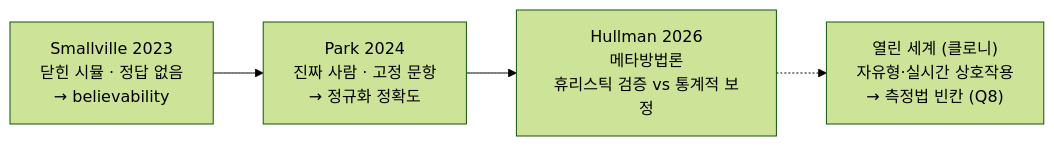
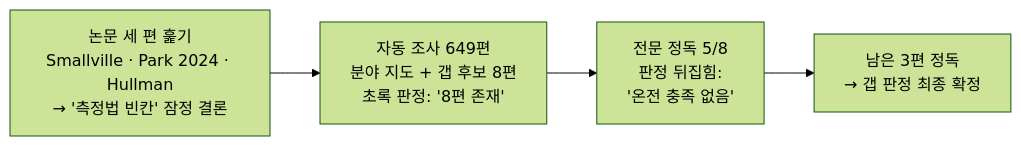
One commit to qoal1201/synthetic-society-research changed the diagram in research-log/2026-06-29-lineage-analysis.qmd. Above: the diagram before and after it, drawn with Mermaid (forest theme). The commit also changed other lines of this file and 4 other files, not shown here.

````diff
--- a/research-log/2026-06-29-lineage-analysis.qmd
+++ b/research-log/2026-06-29-lineage-analysis.qmd
@@ -12,6 +12,6 @@
 ```{mermaid}
 flowchart LR
-    A["Smallville 2023<br/>닫힌 시뮬 · 정답 없음<br/>→ believability"] --> B["Park 2024<br/>진짜 사람 · 고정 문항<br/>→ 정규화 정확도"]
-    B --> C["Hullman 2026<br/>메타방법론<br/>휴리스틱 검증 vs 통계적 보정"]
-    C -.-> D["열린 세계 (클로니)<br/>자유형·실시간 상호작용<br/>→ 측정법 빈칸 (Q8)"]
+    A["논문 세 편 훑기<br/>Smallville · Park 2024 · Hullman<br/>→ '측정법 빈칸' 잠정 결론"] --> B["자동 조사 649편<br/>분야 지도 + 갭 후보 8편<br/>초록 판정: '8편 존재'"]
+    B --> C["전문 정독 5/8<br/>판정 뒤집힘:<br/>'온전 충족 없음'"]
+    C --> D["남은 3편 정독<br/>→ 갭 판정 최종 확정"]
 ```
````
